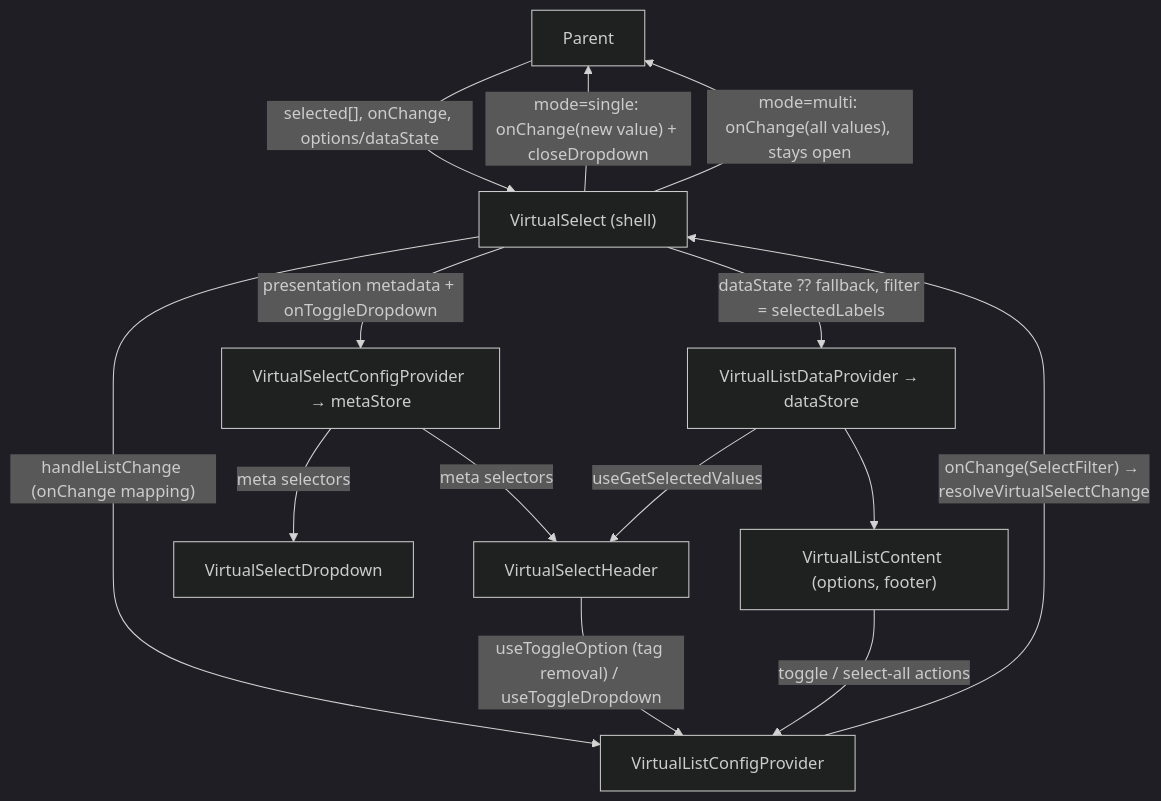
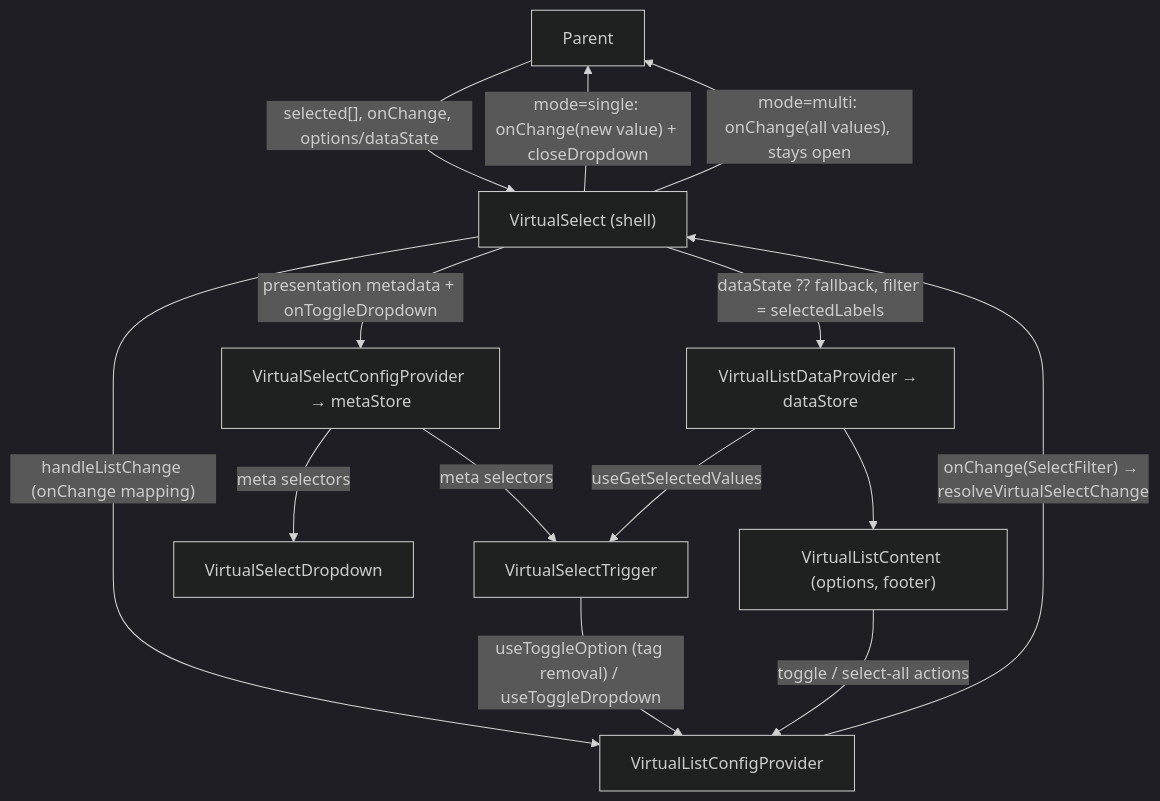
The second of 3 diagrams in packages/ui/src/components/VirtualSelect/ARCHITECTURE.md (luciocabrera/lcabrera-stack), drawn with Mermaid (dark theme) before and after one commit. The commit also changed other lines of this file and 48 other files, not shown here.

First line of the commit message:
refactor(VirtualSelect): streamline dropdown and header components

````diff
--- a/packages/ui/src/components/VirtualSelect/ARCHITECTURE.md
+++ b/packages/ui/src/components/VirtualSelect/ARCHITECTURE.md
@@ -71,19 +73,19 @@
 ```mermaid
 graph TD
   Parent -->|"selected[], onChange, options/dataState"| VS["VirtualSelect (shell)"]
 
   VS -->|"presentation metadata + onToggleDropdown"| SCFG["VirtualSelectConfigProvider → metaStore"]
   VS -->|"handleListChange (onChange mapping)"| LCFG["VirtualListConfigProvider"]
   VS -->|"dataState ?? fallback, filter = selectedLabels"| LDATA["VirtualListDataProvider → dataStore"]
 
-  SCFG -->|"meta selectors"| VSH["VirtualSelectHeader"]
+  SCFG -->|"meta selectors"| VST["VirtualSelectTrigger"]
   SCFG -->|"meta selectors"| VSD["VirtualSelectDropdown"]
-  LDATA -->|"useGetSelectedValues"| VSH
-  VSH -->|"useToggleOption (tag removal) / useToggleDropdown"| LCFG
+  LDATA -->|"useGetSelectedValues"| VST
+  VST -->|"useToggleOption (tag removal) / useToggleDropdown"| LCFG
   LDATA --> VLC["VirtualListContent (options, footer)"]
   VLC -->|"toggle / select-all actions"| LCFG
 
   LCFG -->|"onChange(SelectFilter) → resolveVirtualSelectChange"| VS
   VS -->|"mode=single: onChange(new value) + closeDropdown"| Parent
   VS -->|"mode=multi: onChange(all values), stays open"| Parent
 ```
````
